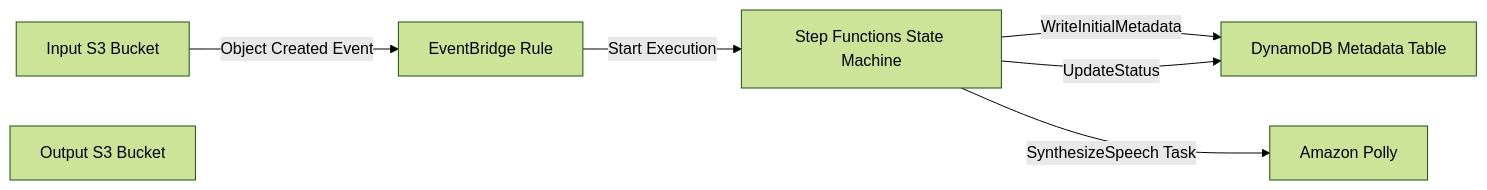
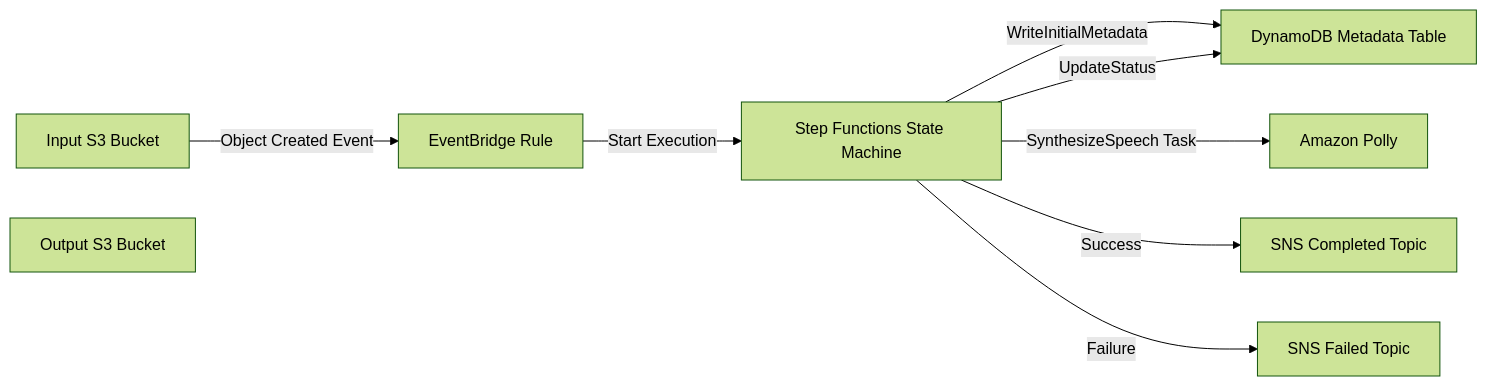
The second of 2 diagrams in docs/ARCHITECTURE.md (obstreperous-ai/cdk-sleep-csharp-kiro), drawn with Mermaid (forest theme) before and after one commit. The commit also changed other lines of this file and 1 other file, not shown here.

Commit message:
docs: update ARCHITECTURE.md with SNS notification layer documentation

````diff
--- a/docs/ARCHITECTURE.md
+++ b/docs/ARCHITECTURE.md
@@ -82,9 +88,11 @@
 ```mermaid
 flowchart LR
     A[Input S3 Bucket] -->|Object Created Event| B[EventBridge Rule]
     B -->|Start Execution| C[Step Functions State Machine]
     C -->|WriteInitialMetadata| D[DynamoDB Metadata Table]
     C -->|SynthesizeSpeech Task| E[Amazon Polly]
     C -->|UpdateStatus| D
+    C -->|Success| G[SNS Completed Topic]
+    C -->|Failure| H[SNS Failed Topic]
     F[Output S3 Bucket]
 ```
````
